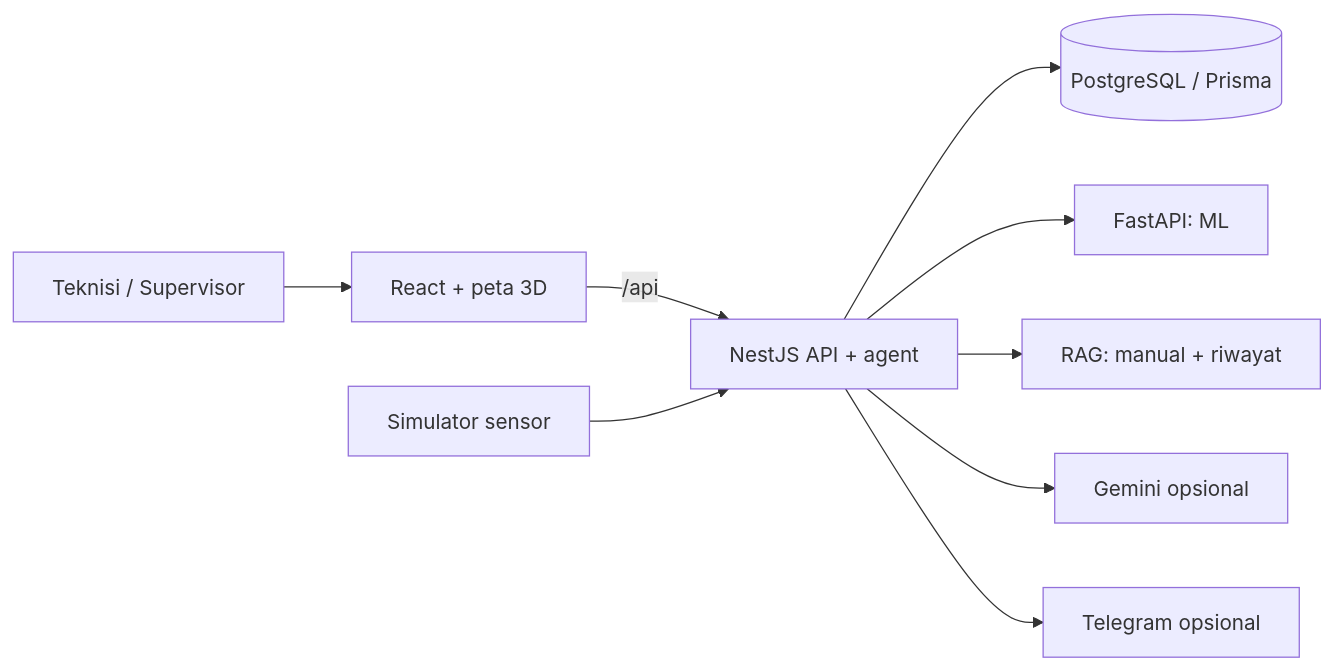
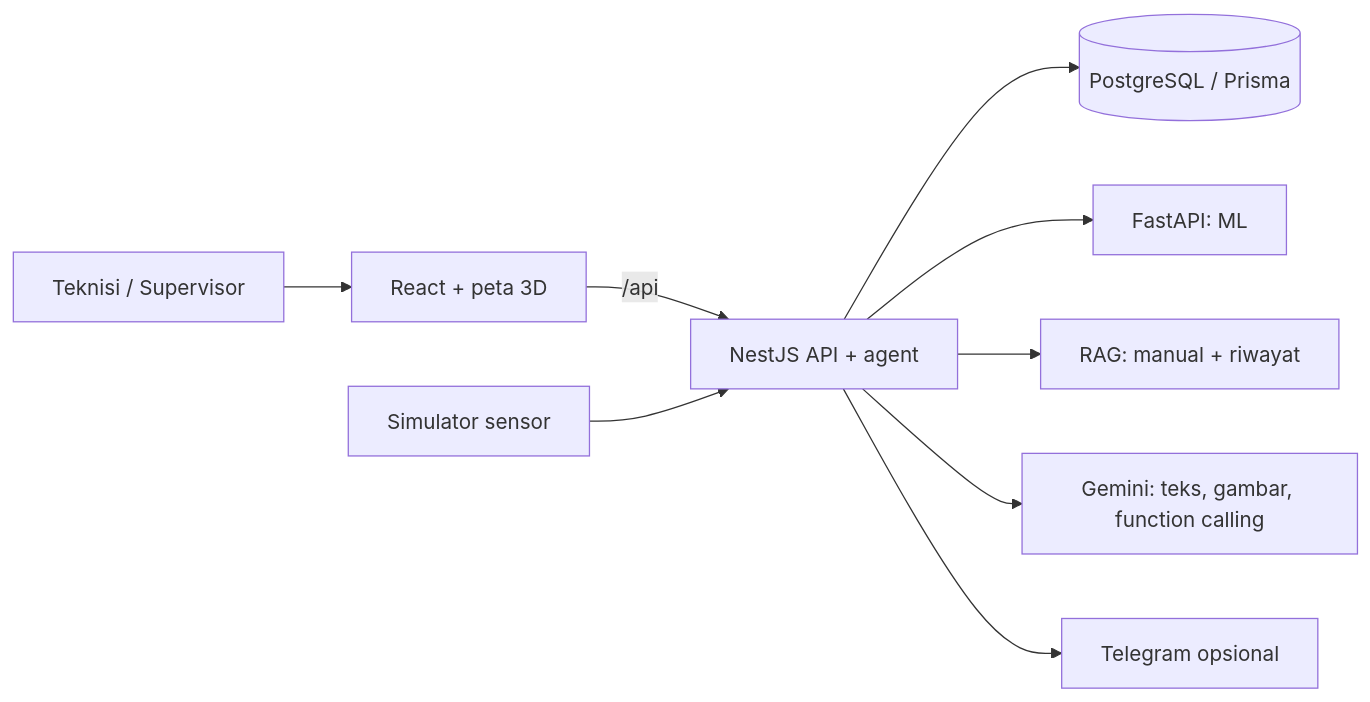
One commit to Daffa12777/GTNIC- changed the diagram in README.md. Above: the diagram before and after it, drawn with Mermaid. The commit also changed other lines of this file and 9 other files, not shown here.

````diff
--- a/README.md
+++ b/README.md
@@ -26,11 +52,11 @@
 ```mermaid
 flowchart LR
     U[Teknisi / Supervisor] --> F[React + peta 3D]
     F -->|/api| B[NestJS API + agent]
     B --> D[(PostgreSQL / Prisma)]
     S[Simulator sensor] --> B
     B --> M[FastAPI: ML]
     B --> R[RAG: manual + riwayat]
-    B --> G[Gemini opsional]
+    B --> G[Gemini: teks, gambar, function calling]
     B --> T[Telegram opsional]
 ```
````
